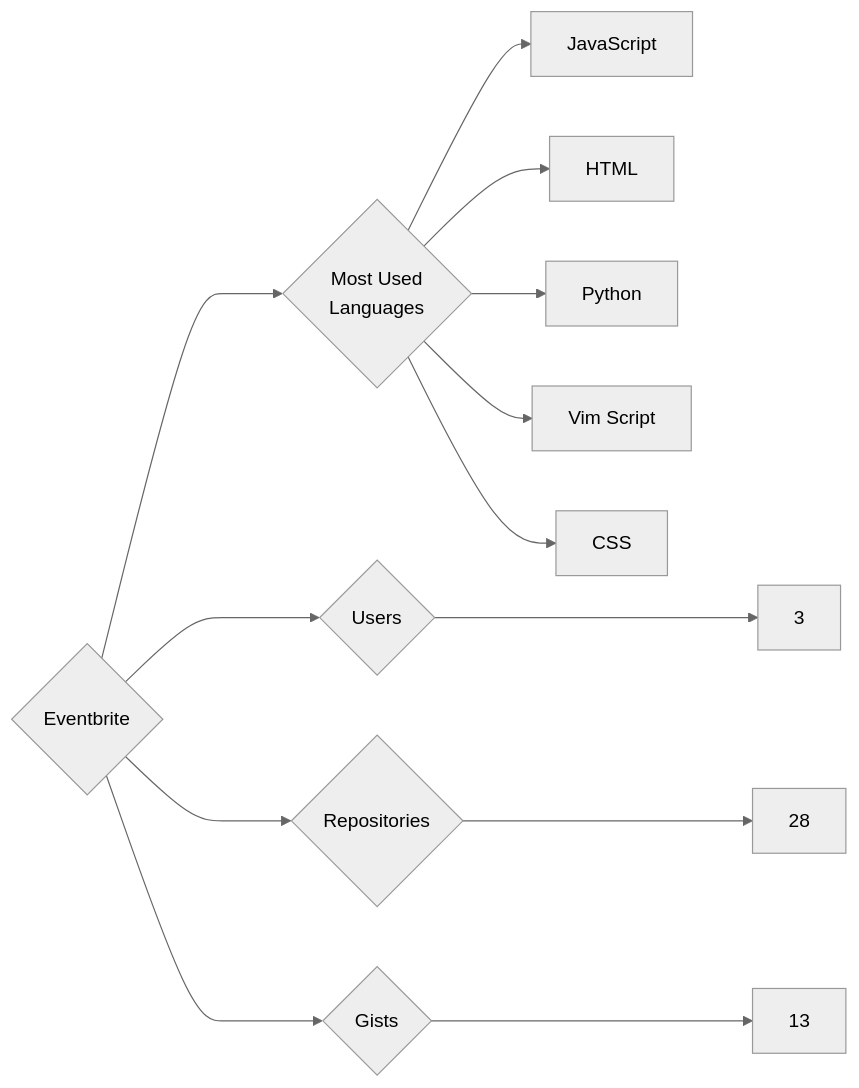
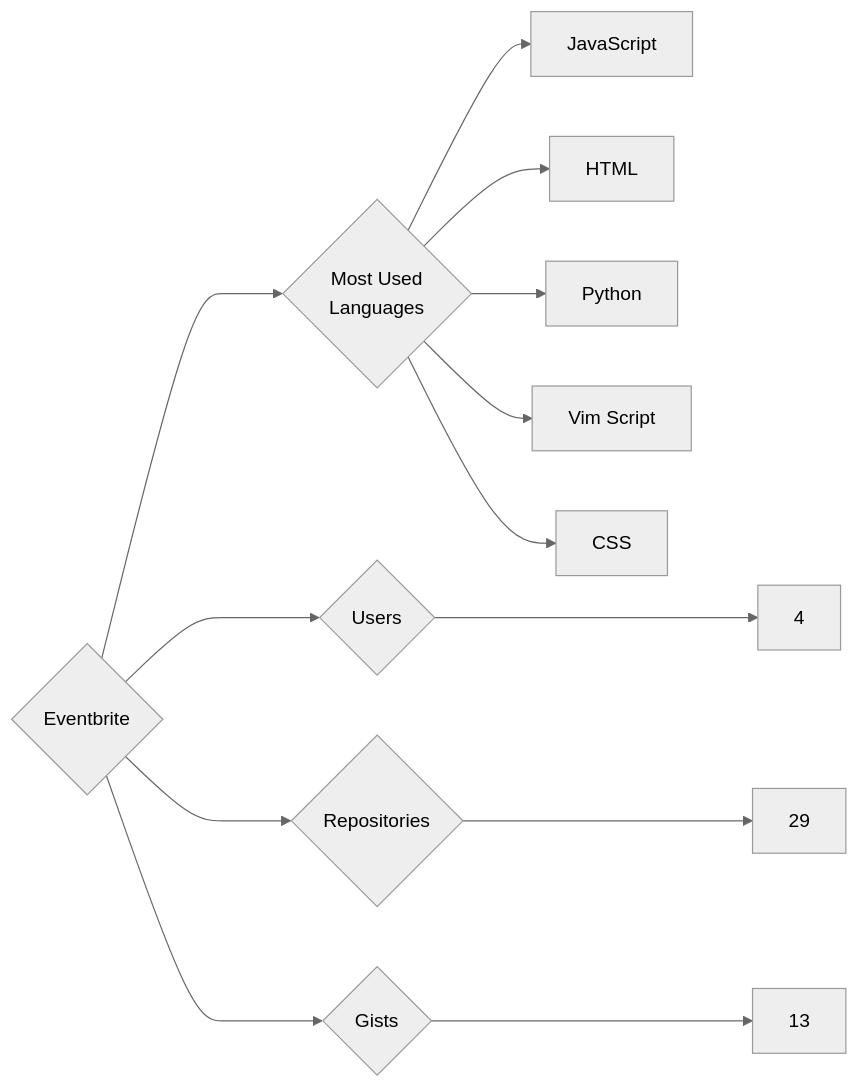
The diagram in targets/Eventbrite/README.md (trickest/insiders), drawn with Mermaid (neutral theme) before and after one commit. The commit also changed 773 other files, not shown here.

````diff
--- a/targets/Eventbrite/README.md
+++ b/targets/Eventbrite/README.md
@@ -3,13 +3,13 @@
 ```mermaid
 graph LR
 COMPANY_NAME{Eventbrite}
-COMPANY_NAME ---> U{Users} ---> UN[3]
-COMPANY_NAME ---> R{Repositories} ---> RN[28]
+COMPANY_NAME ---> U{Users} ---> UN[4]
+COMPANY_NAME ---> R{Repositories} ---> RN[29]
 COMPANY_NAME ---> G{Gists} ---> GN[13]
 COMPANY_NAME ---> ML{Most Used<br>Languages}
 ML --> JavaScript[JavaScript]
 ML --> HTML[HTML]
 ML --> Python[Python]
 ML --> Vim_Script[Vim Script]
 ML --> CSS[CSS]
 ```
````
